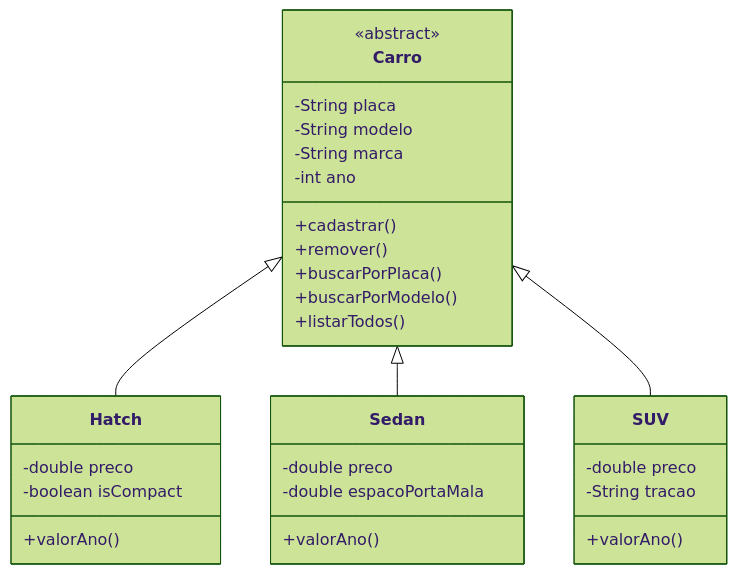
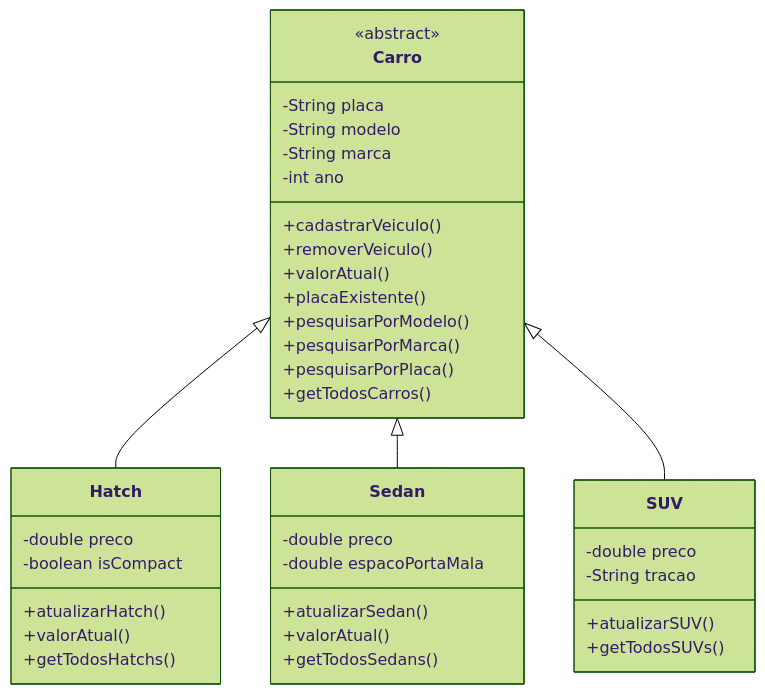
One commit to zanwalker-dev/CRUD_Carros_A3 changed the diagram in README.md. Above: the diagram before and after it, drawn with Mermaid (forest theme). The commit also changed other lines of this file, not shown here.

````diff
--- a/README.md
+++ b/README.md
@@ -40,37 +31,46 @@
 ```mermaid
 classDiagram
     class Carro {
         <<abstract>>
         -String placa
         -String modelo
         -String marca
         -int ano
-        +cadastrar()
-        +remover()
-        +buscarPorPlaca()
-        +buscarPorModelo()
-        +listarTodos()
+        +cadastrarVeiculo()
+        +removerVeiculo()
+        +valorAtual()
+        +placaExistente()
+        +pesquisarPorModelo()
+        +pesquisarPorMarca()
+        +pesquisarPorPlaca()
+        +getTodosCarros()
     }
     
     class Hatch {
         -double preco
         -boolean isCompact
-        +valorAno()
+        +atualizarHatch()
+        +valorAtual()
+        +getTodosHatchs() 
     }
     
     class Sedan {
         -double preco
         -double espacoPortaMala
-        +valorAno()
+        +atualizarSedan()
+        +valorAtual()
+        +getTodosSedans() 
+
     }
     
     class SUV {
         -double preco
         -String tracao
-        +valorAno()
+        +atualizarSUV()
+        +getTodosSUVs() 
     }
     
     Carro <|-- Hatch
     Carro <|-- Sedan
     Carro <|-- SUV
 ```
````
